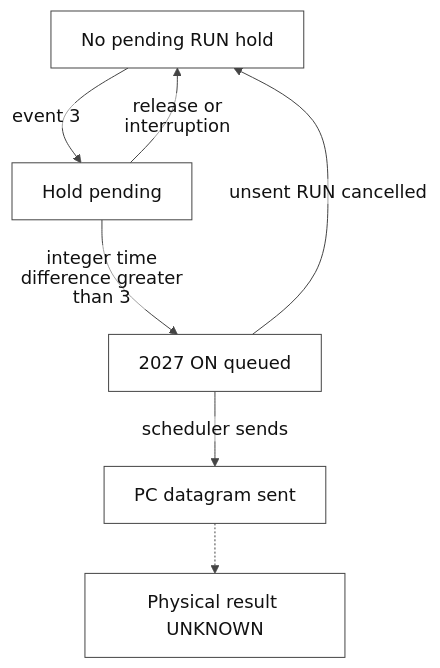
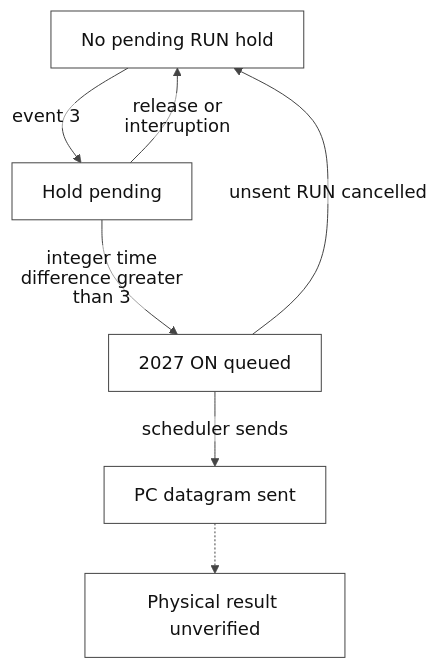
Before and after one commit to El-Carretero/PY_SPF: the second of 2 diagrams in docs/spitfire_control_flow/03_state_machine.md, drawn with Mermaid. The commit also changed other lines of this file and 150 other files, not shown here.

Commit message:
docs: simplify control diagrams and publish matching Korean edition

````diff
--- a/docs/spitfire_control_flow/03_state_machine.md
+++ b/docs/spitfire_control_flow/03_state_machine.md
@@ -86,11 +86,11 @@
 ```mermaid
 %% caption: Figure 3B. RUN: gesture, inhibit, request and physical result
 %%{init: {'theme':'base','themeVariables':{'fontSize':'18px','primaryColor':'#ffffff','primaryTextColor':'#111111','primaryBorderColor':'#444444','lineColor':'#444444'},'flowchart':{'htmlLabels':false}}}%%
 flowchart TB
     I[No pending RUN hold] -->|event 3| H[Hold pending]
     H -->|release or interruption| I
     H -->|integer time difference greater than 3| Q[2027 ON queued]
     Q -->|unsent RUN cancelled| I
     Q -->|scheduler sends| S[PC datagram sent]
-    S -.-> U[Physical result UNKNOWN]
+    S -.-> U[Physical result unverified]
 ```
````
